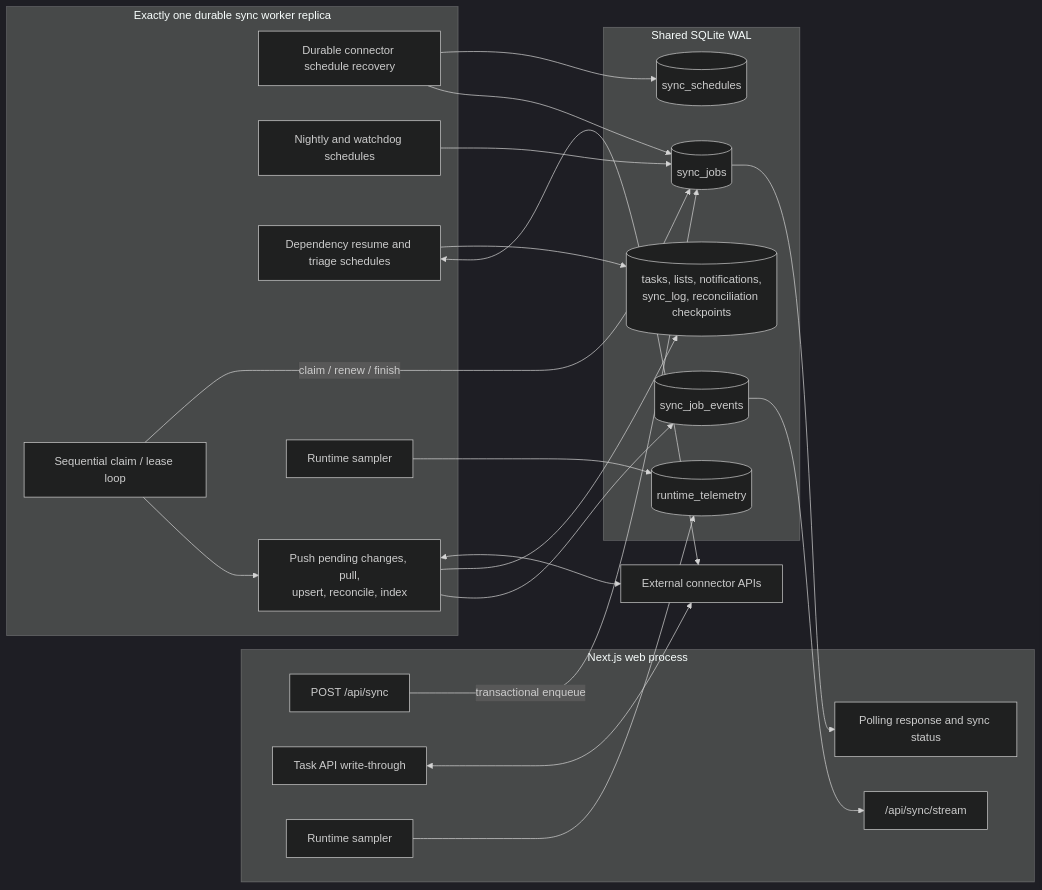
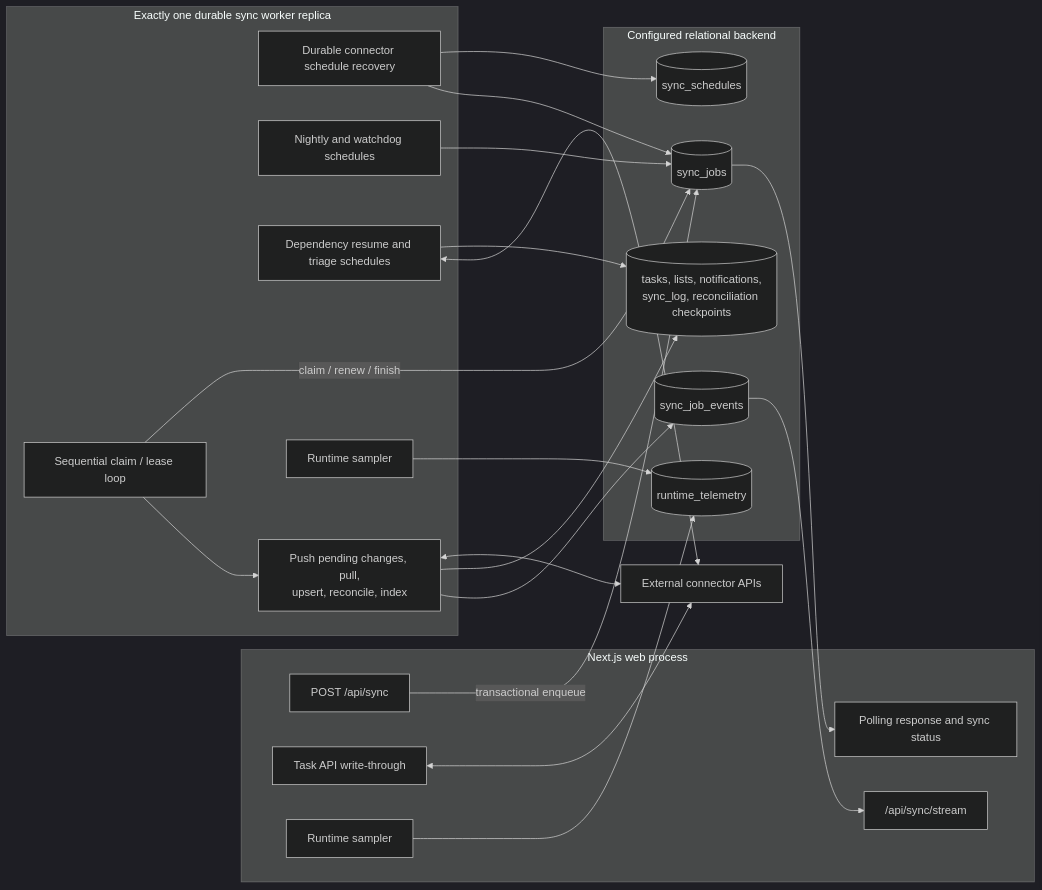
One commit to rsocko/mission-control changed the first of 2 diagrams in docs/architecture/sync-engine.md. Above: the diagram before and after it, drawn with Mermaid (dark theme). The commit also changed other lines of this file and 11 other files, not shown here.

Commit message:
docs: align architecture with PostgreSQL decision

````diff
--- a/docs/architecture/sync-engine.md
+++ b/docs/architecture/sync-engine.md
@@ -21,46 +22,46 @@
 ```mermaid
 flowchart LR
   subgraph Web["Next.js web process"]
     Manual["POST /api/sync"]
     Status["Polling response and sync status"]
     SSE["/api/sync/stream"]
     WriteThrough["Task API write-through"]
     WebMetrics["Runtime sampler"]
   end
 
-  subgraph SQLite["Shared SQLite WAL"]
+  subgraph Database["Configured relational backend"]
     Jobs[("sync_jobs")]
     Events[("sync_job_events")]
     Telemetry[("runtime_telemetry")]
     Schedules[("sync_schedules")]
     Domain[("tasks, lists, notifications,<br/>sync_log, reconciliation checkpoints")]
   end
 
   subgraph Worker["Exactly one durable sync worker replica"]
     PollCron["Durable connector schedule recovery"]
     QueueCron["Nightly and watchdog schedules"]
     Maintenance["Dependency resume and triage schedules"]
     Runner["Sequential claim / lease loop"]
     Pipeline["Push pending changes, pull,<br/>upsert, reconcile, index"]
     WorkerMetrics["Runtime sampler"]
   end
 
   Sources["External connector APIs"]
 
   Manual -->|"transactional enqueue"| Jobs
   Jobs --> Status
   Events --> SSE
   WriteThrough <--> Sources
   PollCron --> Schedules
   PollCron --> Jobs
   QueueCron --> Jobs
   Maintenance --> Domain
   Maintenance <--> Sources
   Runner -->|"claim / renew / finish"| Jobs
   Runner --> Pipeline
   Pipeline <--> Sources
   Pipeline --> Domain
   Pipeline --> Events
   WebMetrics --> Telemetry
   WorkerMetrics --> Telemetry
 ```
````
